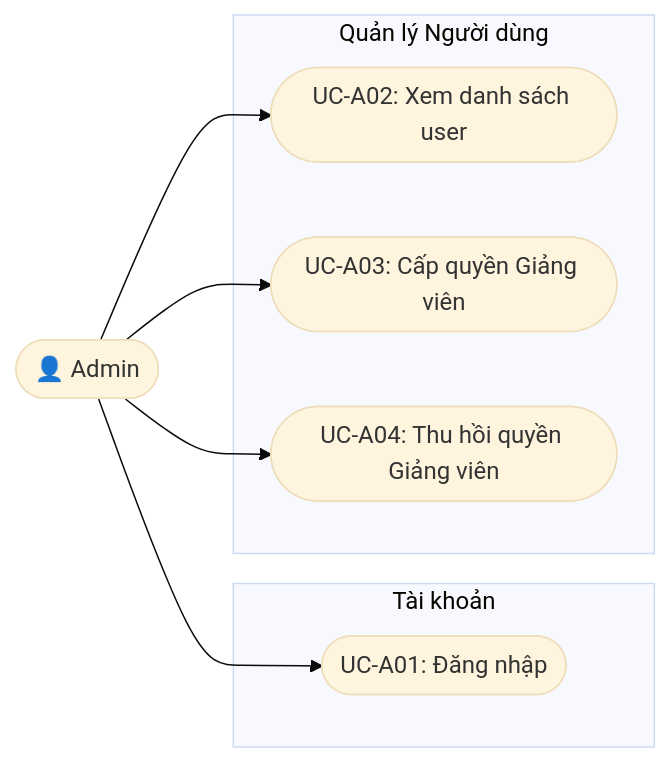
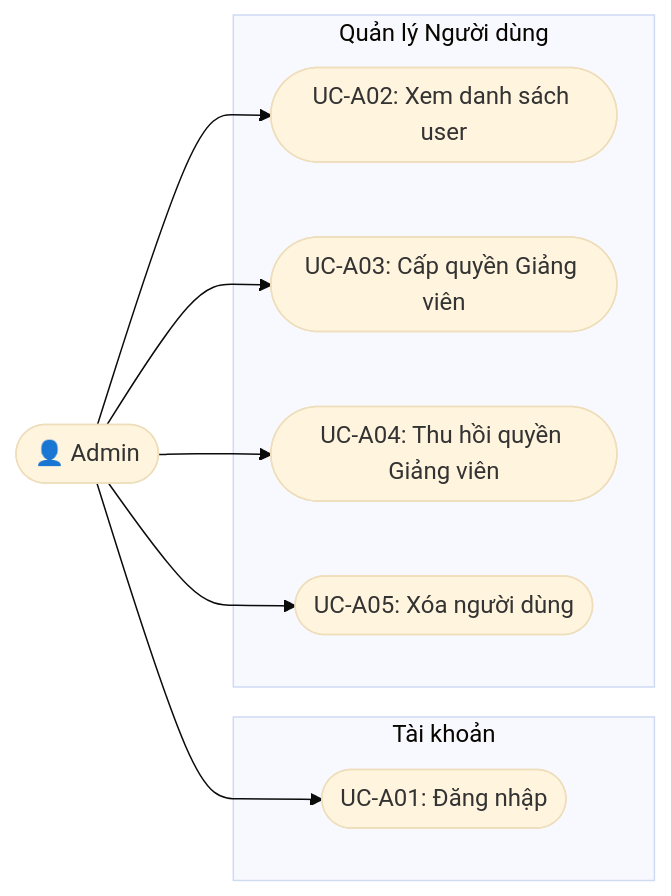
Before and after one commit to kentdoan/qr-attendance: the third of 13 diagrams in docs/SRS.md, drawn with Mermaid (base theme). The commit also changed other lines of this file and 63 other files, not shown here.

````diff
--- a/docs/SRS.md
+++ b/docs/SRS.md
@@ -118,19 +147,21 @@
 ```mermaid
 graph LR
     AD(["👤 Admin"])
 
     subgraph Tài khoản
         UC_A01(["UC-A01: Đăng nhập"])
     end
 
     subgraph Quản lý Người dùng
         UC_A02(["UC-A02: Xem danh sách user"])
         UC_A03(["UC-A03: Cấp quyền Giảng viên"])
         UC_A04(["UC-A04: Thu hồi quyền Giảng viên"])
+        UC_A05(["UC-A05: Xóa người dùng"])
     end
 
     AD --> UC_A01
     AD --> UC_A02
     AD --> UC_A03
     AD --> UC_A04
+    AD --> UC_A05
 ```
````
